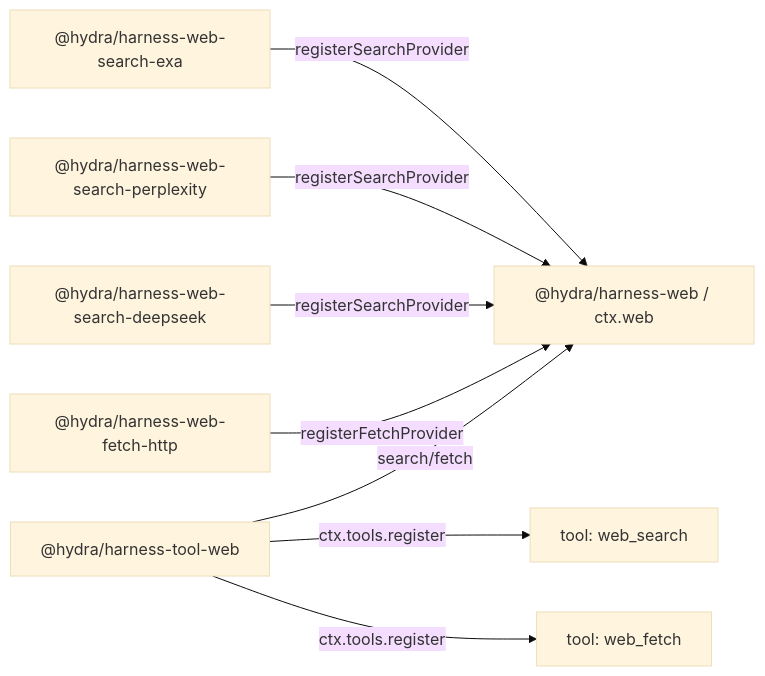
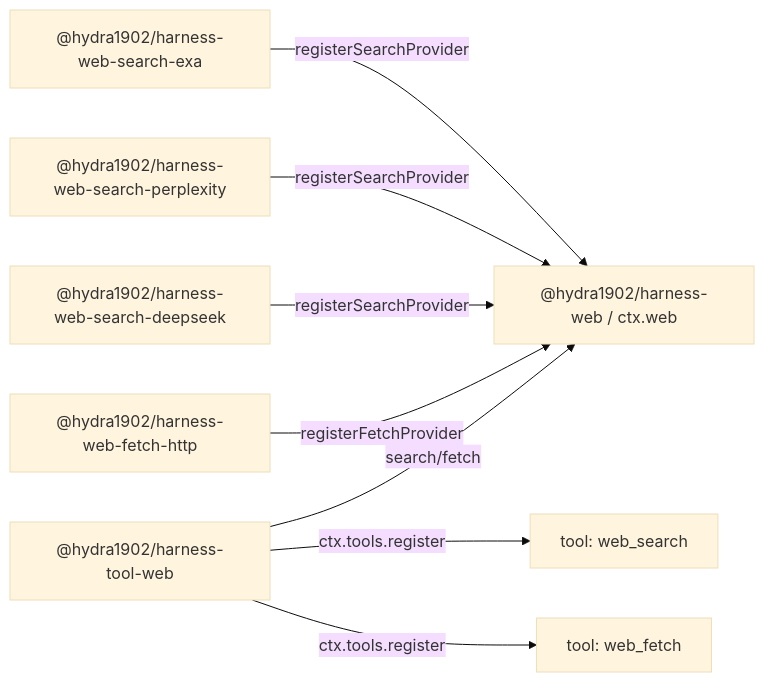
One commit to MaiHongPhong1902/Hydra-Harness changed the diagram in .agents/notes/implemented/architecture/2026-06-24-web-capability-seam.md. Above: the diagram before and after it, drawn with Mermaid (base theme). The commit also changed other lines of this file and 160 other files, not shown here.

````diff
--- a/.agents/notes/implemented/architecture/2026-06-24-web-capability-seam.md
+++ b/.agents/notes/implemented/architecture/2026-06-24-web-capability-seam.md
@@ -56,10 +56,10 @@
 ```mermaid
 flowchart LR
-  exa["@hydra/harness-web-search-exa"] -->|registerSearchProvider| web["@hydra/harness-web / ctx.web"]
-  perplexity["@hydra/harness-web-search-perplexity"] -->|registerSearchProvider| web
-  deepseek["@hydra/harness-web-search-deepseek"] -->|registerSearchProvider| web
-  fetchLocal["@hydra/harness-web-fetch-http"] -->|registerFetchProvider| web
-  toolWeb["@hydra/harness-tool-web"] -->|search/fetch| web
+  exa["@hydra1902/harness-web-search-exa"] -->|registerSearchProvider| web["@hydra1902/harness-web / ctx.web"]
+  perplexity["@hydra1902/harness-web-search-perplexity"] -->|registerSearchProvider| web
+  deepseek["@hydra1902/harness-web-search-deepseek"] -->|registerSearchProvider| web
+  fetchLocal["@hydra1902/harness-web-fetch-http"] -->|registerFetchProvider| web
+  toolWeb["@hydra1902/harness-tool-web"] -->|search/fetch| web
   toolWeb -->|ctx.tools.register| webSearch["tool: web_search"]
   toolWeb -->|ctx.tools.register| webFetch["tool: web_fetch"]
 ```
````
